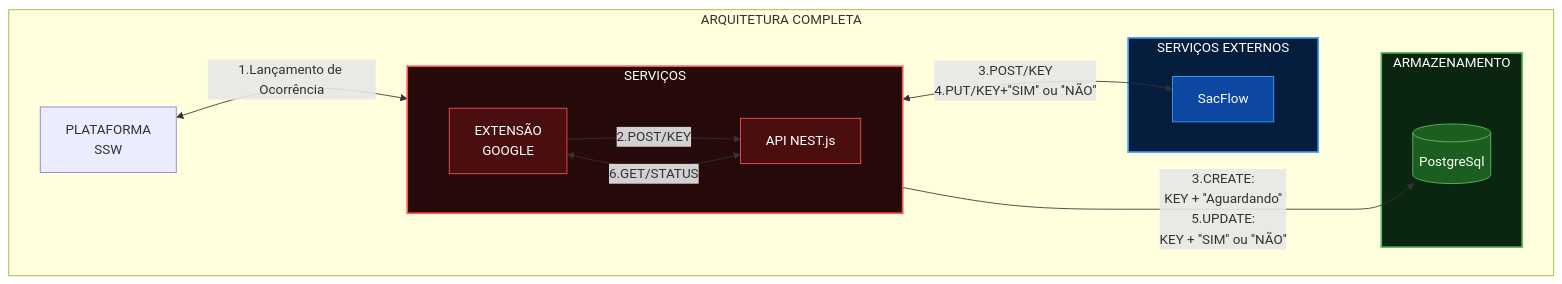
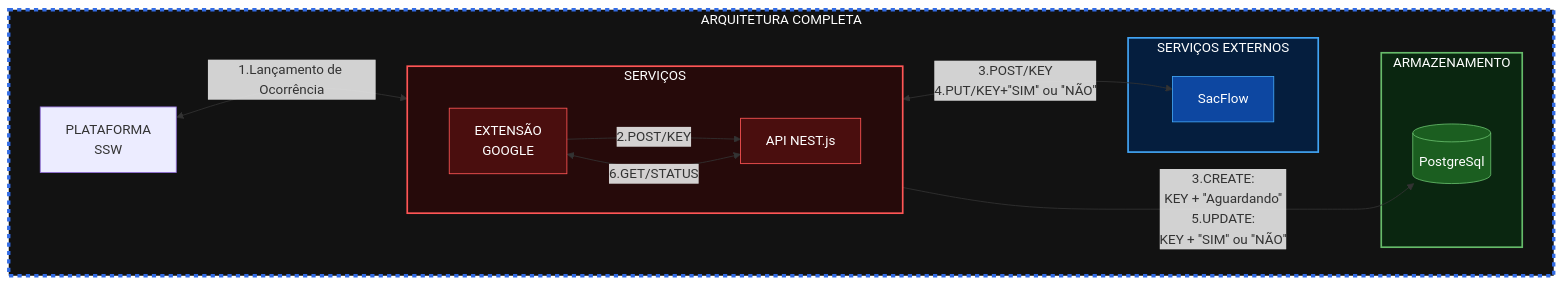
One commit to Raphael-HPO/Projeto_ocorrencias_SSW changed the diagram in README.md. Above: the diagram before and after it, drawn with Mermaid. The commit also changed other lines of this file, not shown here.

Commit message:
feat: Inclusão de descrição do projeto e aplicações.

````diff
--- a/README.md
+++ b/README.md
@@ -8,47 +9,48 @@
 ```mermaid
     flowchart
-    classDef app fill:#4a0e0e,stroke:#ff5555,color:#fff
-        style APP fill:#260a0a,stroke:#ff5555,color:#fff,stroke-width:2px
-    classDef amz fill:#1b5e20,stroke:#66bb6a,color:#fff
-        style AMZ fill:#0a2610,stroke:#66bb6a,color:#fff,stroke-width:2px
-    classDef svc fill:#0d47a1,stroke:#42a5f5,color:#fff
-        style SVC fill:#051e3e,stroke:#42a5f5,color:#fff,stroke-width:2px
+        style ARQ fill:#121212,stroke:#326ce5,color:#fff,stroke-width:4px,stroke-dasharray: 5 5
+        classDef app fill:#4a0e0e,stroke:#ff5555,color:#fff
+            style APP fill:#260a0a,stroke:#ff5555,color:#fff,stroke-width:2px
+        classDef amz fill:#1b5e20,stroke:#66bb6a,color:#fff
+            style AMZ fill:#0a2610,stroke:#66bb6a,color:#fff,stroke-width:2px
+        classDef svc fill:#0d47a1,stroke:#42a5f5,color:#fff
+            style SVC fill:#051e3e,stroke:#42a5f5,color:#fff,stroke-width:2px
         direction LR
         subgraph ARQ[ARQUITETURA COMPLETA]
             PLT["`PLATAFORMA
             SSW`"]
 
             subgraph APP[SERVIÇOS]
                 direction RL:::app
                 API[API NEST.js]:::app
                 EXT["`EXTENSÃO
                 GOOGLE`"]:::app
                 API ~~~ EXT
             end
 
             subgraph SVC[SERVIÇOS EXTERNOS]
                 SCF[SacFlow]:::svc
             end
 
             subgraph AMZ[ARMAZENAMENTO]
                 DB[(PostgreSql)]:::amz
             end
 
             PLT ~~~ APP ~~~ SVC ~~~ AMZ
 
             PLT <--"`1.Lançamento de Ocorrência`"--> EXT
             
             EXT --"2."POST/KEY--> API
             
             EXT <--"6.GET/STATUS"--> API
             
             API <--"`3.POST/KEY
             4.PUT/KEY+''SIM'' ou ''NÃO''`"--> SCF
             
             API --"`3.CREATE: 
             KEY + ''Aguardando''
             5.UPDATE:
             KEY + ''SIM'' ou ''NÃO''`"--> DB
             
         end
 ```
````
